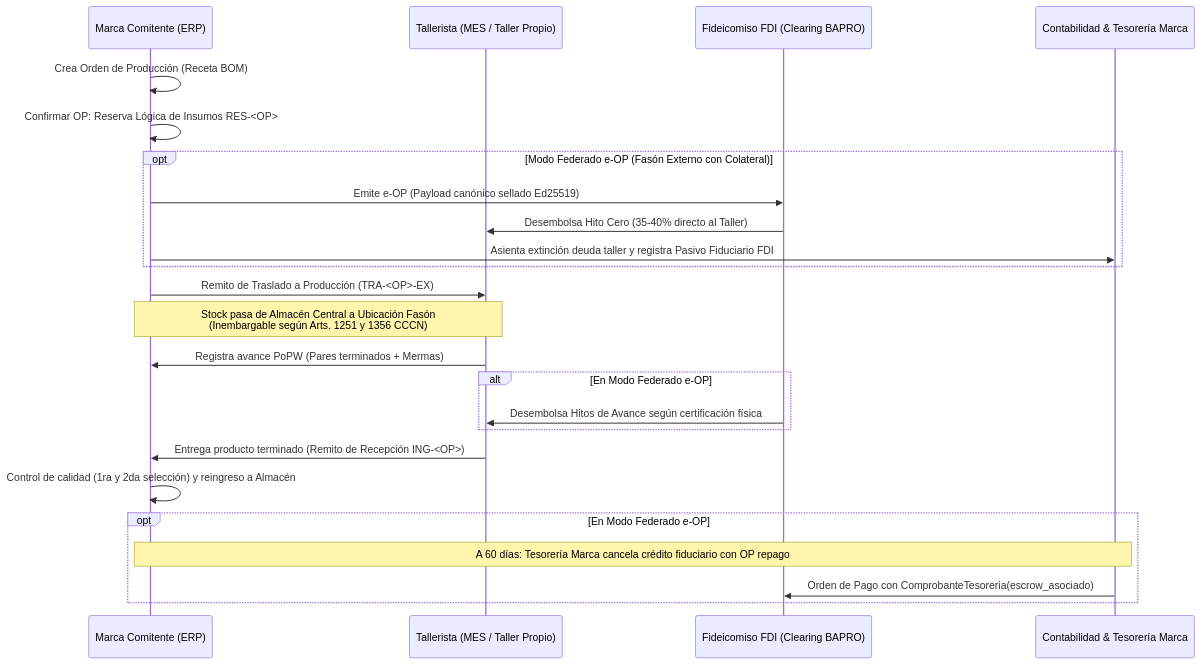
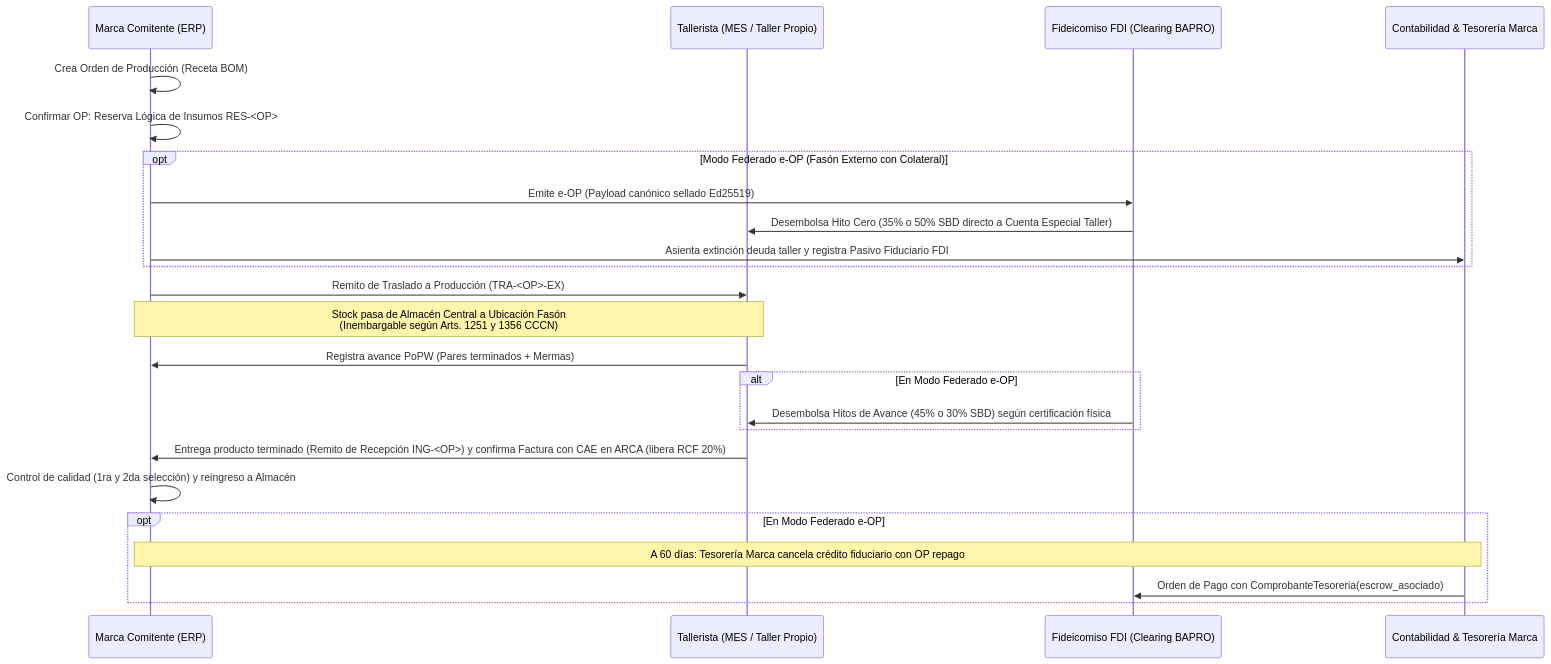
The second of 5 diagrams in docs/md/flujos_documentales.md (sarthouse/indinopy), drawn with Mermaid before and after one commit. The commit also changed other lines of this file and 24 other files, not shown here.

````diff
--- a/docs/md/flujos_documentales.md
+++ b/docs/md/flujos_documentales.md
@@ -70,33 +70,33 @@
 ```mermaid
 sequenceDiagram
     participant M as Marca Comitente (ERP)
     participant T as Tallerista (MES / Taller Propio)
     participant F as Fideicomiso FDI (Clearing BAPRO)
     participant K as Contabilidad & Tesorería Marca
 
     M->>M: Crea Orden de Producción (Receta BOM)
     M->>M: Confirmar OP: Reserva Lógica de Insumos RES-<OP>
     
     opt Modo Federado e-OP (Fasón Externo con Colateral)
         M->>F: Emite e-OP (Payload canónico sellado Ed25519)
-        F->>T: Desembolsa Hito Cero (35-40% directo al Taller)
+        F->>T: Desembolsa Hito Cero (35% o 50% SBD directo a Cuenta Especial Taller)
         M->>K: Asienta extinción deuda taller y registra Pasivo Fiduciario FDI
     end
     
     M->>T: Remito de Traslado a Producción (TRA-<OP>-EX)
     Note over M,T: Stock pasa de Almacén Central a Ubicación Fasón<br/>(Inembargable según Arts. 1251 y 1356 CCCN)
     
     T->>M: Registra avance PoPW (Pares terminados + Mermas)
     
     alt En Modo Federado e-OP
-        F->>T: Desembolsa Hitos de Avance según certificación física
+        F->>T: Desembolsa Hitos de Avance (45% o 30% SBD) según certificación física
     end
 
-    T->>M: Entrega producto terminado (Remito de Recepción ING-<OP>)
+    T->>M: Entrega producto terminado (Remito de Recepción ING-<OP>) y confirma Factura con CAE en ARCA (libera RCF 20%)
     M->>M: Control de calidad (1ra y 2da selección) y reingreso a Almacén
     
     opt En Modo Federado e-OP
         Note over M,K: A 60 días: Tesorería Marca cancela crédito fiduciario con OP repago
         K->>F: Orden de Pago con ComprobanteTesoreria(escrow_asociado)
     end
 ```
````
